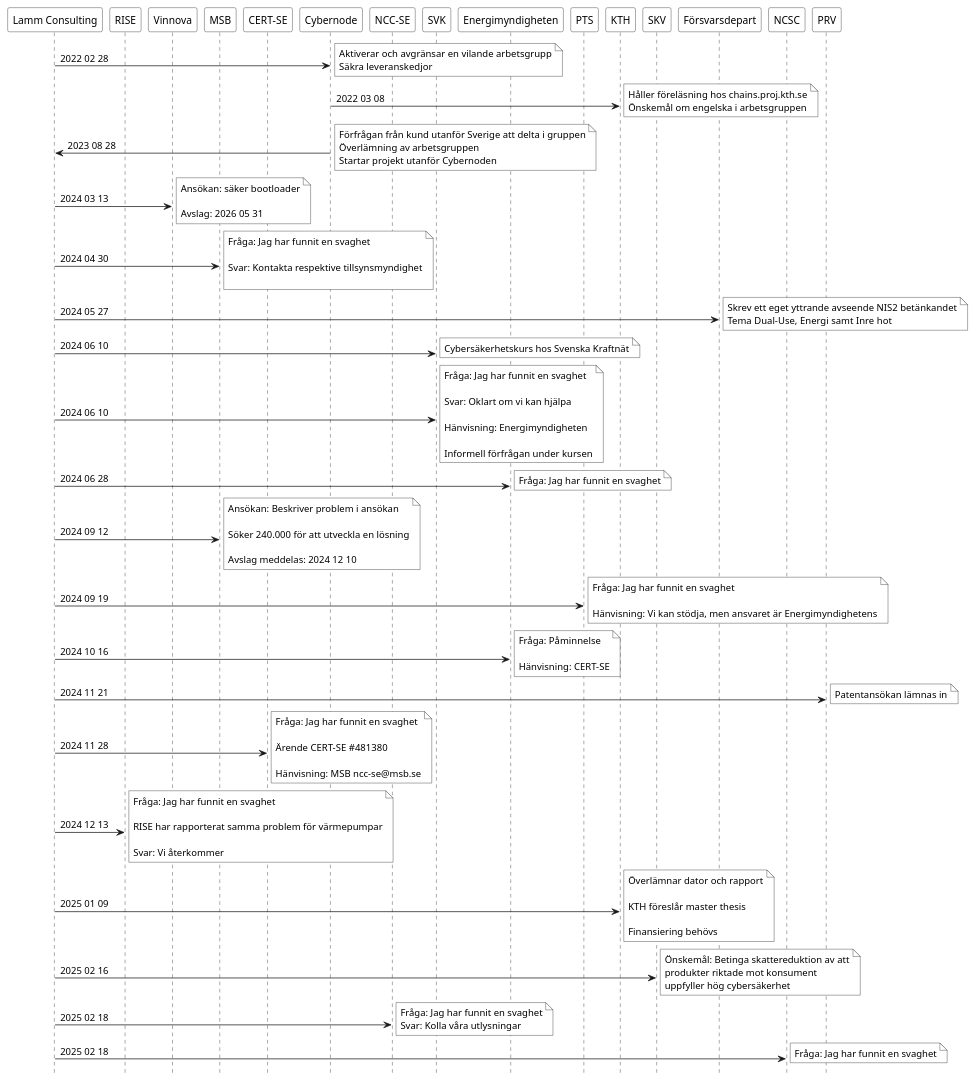
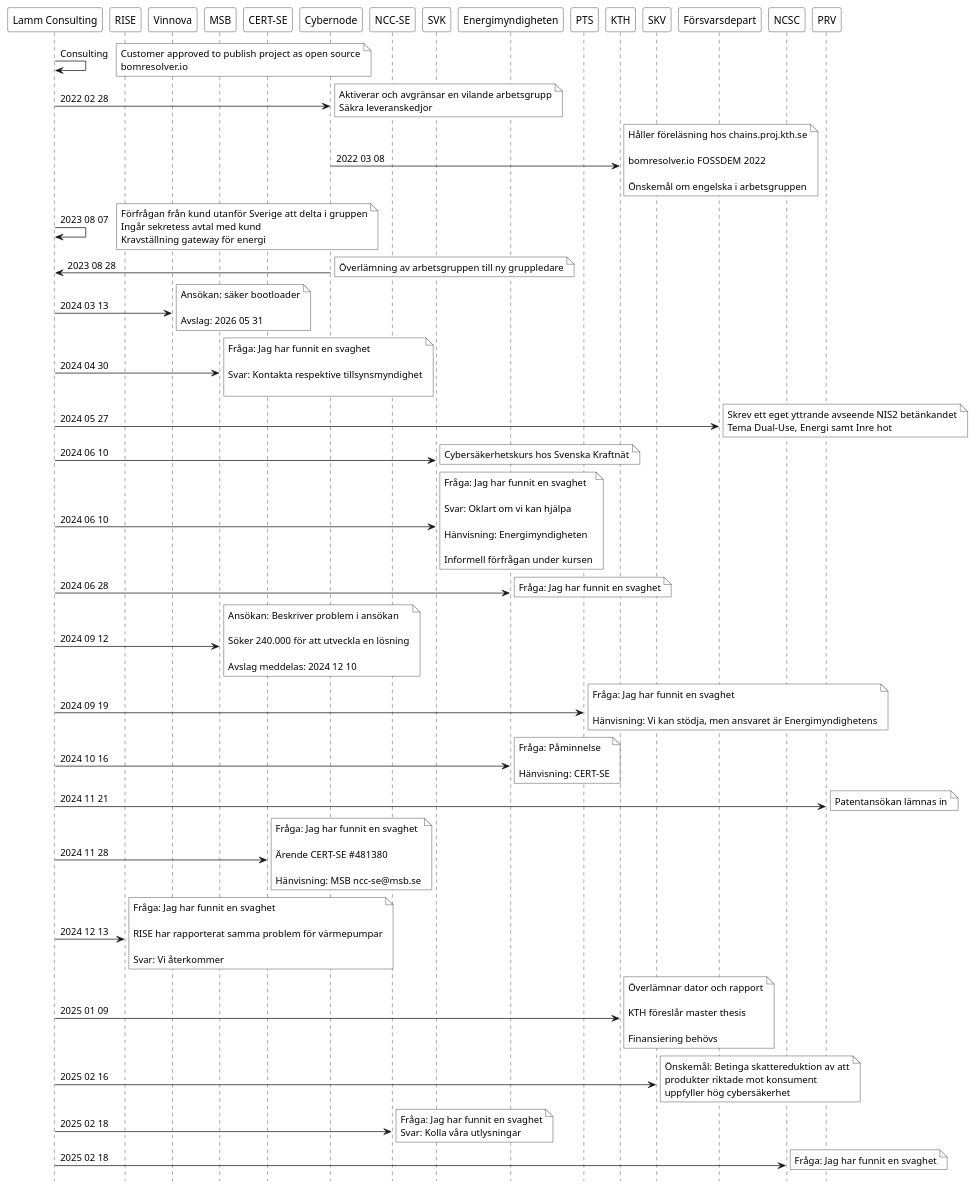
One commit to hans-lammda/hans-lammda-github.io changed the diagram in static/images/incident.puml. Above: the diagram before and after it, drawn with PlantUML. The commit also changed 4 other files, not shown here.

Commit message:
update sequence diagram

```diff
--- a/static/images/incident.puml
+++ b/static/images/incident.puml
@@ -1,58 +1,62 @@
 @startuml
 
 hide footbox
 participant "Lamm Consulting"  as LM #FFFFFF
 participant  "RISE" as RISE #FFFFFF
 participant  "Vinnova" as VINN  #FFFFFF
 participant  "MSB" as MSB  #FFFFFF
 participant  "CERT-SE" as CERT #FFFFFF
 participant  "Cybernode" as CYBER  #FFFFFF
 participant  "NCC-SE" as NCC #FFFFFF
 participant  "SVK" as SVK  #FFFFFF
 participant  "Energimyndigheten" as EM #FFFFFF
 participant  "PTS" as PTS #FFFFFF
 participant  "KTH" as KTH #FFFFFF
 participant  "SKV" as SKV #FFFFFF
 participant  "Försvarsdepart" as FORSVAR #FFFFFF
 participant  "NCSC" as NCSC #FFFFFF
 participant  "PRV" as PRV #FFFFFF
 
+LM -> LM:  Consulting 
+note right #FFFFFF : Customer approved to publish project as open source\nbomresolver.io 
 LM -> CYBER:  2022 02 28
 note right #FFFFFF : Aktiverar och avgränsar en vilande arbetsgrupp\nSäkra leveranskedjor
 CYBER -> KTH: 2022 03 08 
-note right #FFFFFF : Håller föreläsning hos chains.proj.kth.se\nÖnskemål om engelska i arbetsgruppen
+note right #FFFFFF : Håller föreläsning hos chains.proj.kth.se\n\nbomresolver.io FOSSDEM 2022\n\nÖnskemål om engelska i arbetsgruppen
+LM -> LM:  2023 08 07
+note right #FFFFFF : Förfrågan från kund utanför Sverige att delta i gruppen\nIngår sekretess avtal med kund\nKravställning gateway för energi
 CYBER -> LM:  2023 08 28
-note right #FFFFFF : Förfrågan från kund utanför Sverige att delta i gruppen\nÖverlämning av arbetsgruppen\nStartar projekt utanför Cybernoden
+note right #FFFFFF : Överlämning av arbetsgruppen till ny gruppledare
 LM -> VINN: 2024 03 13 
 note right #FFFFFF : Ansökan: säker bootloader\n\nAvslag: 2026 05 31 
 LM -> MSB: 2024 04 30 
 note right #FFFFFF : Fråga: Jag har funnit en svaghet \n\nSvar: Kontakta respektive tillsynsmyndighet\n
 LM -> FORSVAR: 2024 05 27 
 note right #FFFFFF : Skrev ett eget yttrande avseende NIS2 betänkandet\nTema Dual-Use, Energi samt Inre hot
 LM -> SVK:  2024 06 10 
 note right #FFFFFF : Cybersäkerhetskurs hos Svenska Kraftnät 
 LM -> SVK: 2024 06 10 
 note right #FFFFFF : Fråga: Jag har funnit en svaghet \n\nSvar: Oklart om vi kan hjälpa\n\nHänvisning: Energimyndigheten\n\nInformell förfrågan under kursen
 LM -> EM: 2024 06 28 
 note right #FFFFFF : Fråga: Jag har funnit en svaghet
 LM -> MSB: 2024 09 12 
 note right #FFFFFF : Ansökan: Beskriver problem i ansökan\n\nSöker 240.000 för att utveckla en lösning\n\nAvslag meddelas: 2024 12 10
 LM -> PTS: 2024 09 19 
 note right #FFFFFF : Fråga: Jag har funnit en svaghet\n\nHänvisning: Vi kan stödja, men ansvaret är Energimyndighetens
 LM -> EM: 2024 10 16 
 note right #FFFFFF : Fråga: Påminnelse\n\nHänvisning: CERT-SE
 LM -> PRV: 2024 11 21 
 note right #FFFFFF : Patentansökan lämnas in
 LM -> CERT: 2024 11 28 
 note right #FFFFFF : Fråga: Jag har funnit en svaghet\n\nÄrende CERT-SE #481380\n\nHänvisning: MSB ncc-se@msb.se
 LM -> RISE: 2024 12 13 
 note right #FFFFFF : Fråga: Jag har funnit en svaghet\n\nRISE har rapporterat samma problem för värmepumpar\n\nSvar: Vi återkommer
 LM -> KTH: 2025 01 09 
 note right #FFFFFF : Överlämnar dator och rapport\n\nKTH föreslår master thesis\n\nFinansiering behövs
 LM -> SKV: 2025 02 16 
 note right #FFFFFF : Önskemål: Betinga skattereduktion av att\nprodukter riktade mot konsument\nuppfyller hög cybersäkerhet
 LM -> NCC: 2025 02 18 
 note right #FFFFFF :Fråga: Jag har funnit en svaghet\nSvar: Kolla våra utlysningar 
 LM -> NCSC: 2025 02 18 
 note right #FFFFFF :Fråga: Jag har funnit en svaghet 
 @enduml
```
